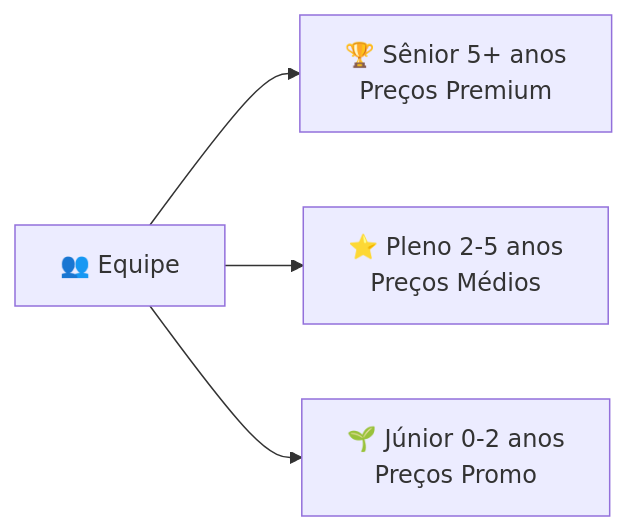
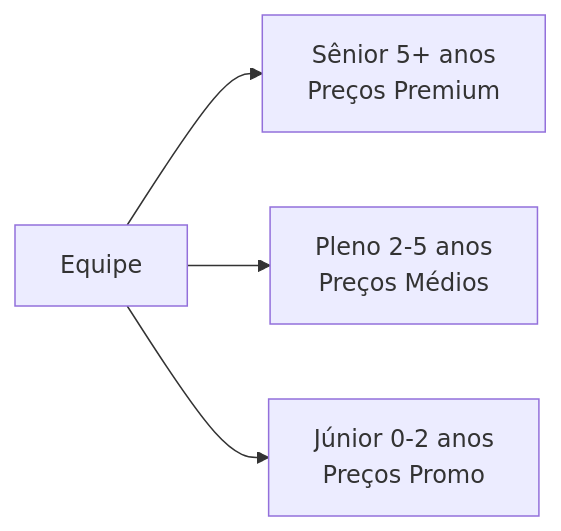
The fifth of 5 diagrams in contents/guides/profissionais.md (AgendoCerto/docs), drawn with Mermaid before and after one commit. The commit also changed other lines of this file and 6 other files, not shown here.

````diff
--- a/contents/guides/profissionais.md
+++ b/contents/guides/profissionais.md
@@ -246,7 +245,7 @@
 ```mermaid
 graph LR
-    A[👥 Equipe]
-    A --> B[🏆 Sênior 5+ anos<br/>Preços Premium]
-    A --> C[⭐ Pleno 2-5 anos<br/>Preços Médios]
-    A --> D[🌱 Júnior 0-2 anos<br/>Preços Promo]  
+    A[Equipe]
+    A --> B[Sênior 5+ anos<br/>Preços Premium]
+    A --> C[Pleno 2-5 anos<br/>Preços Médios]
+    A --> D[Júnior 0-2 anos<br/>Preços Promo]
 ```
````
